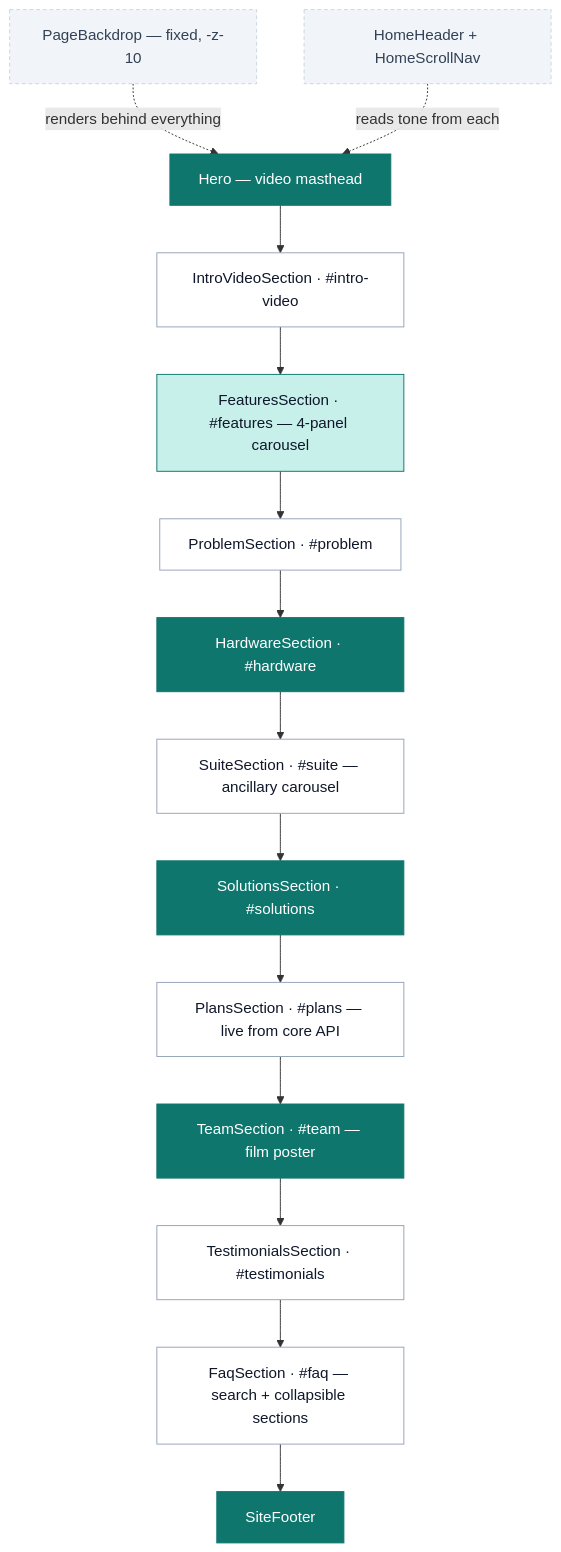
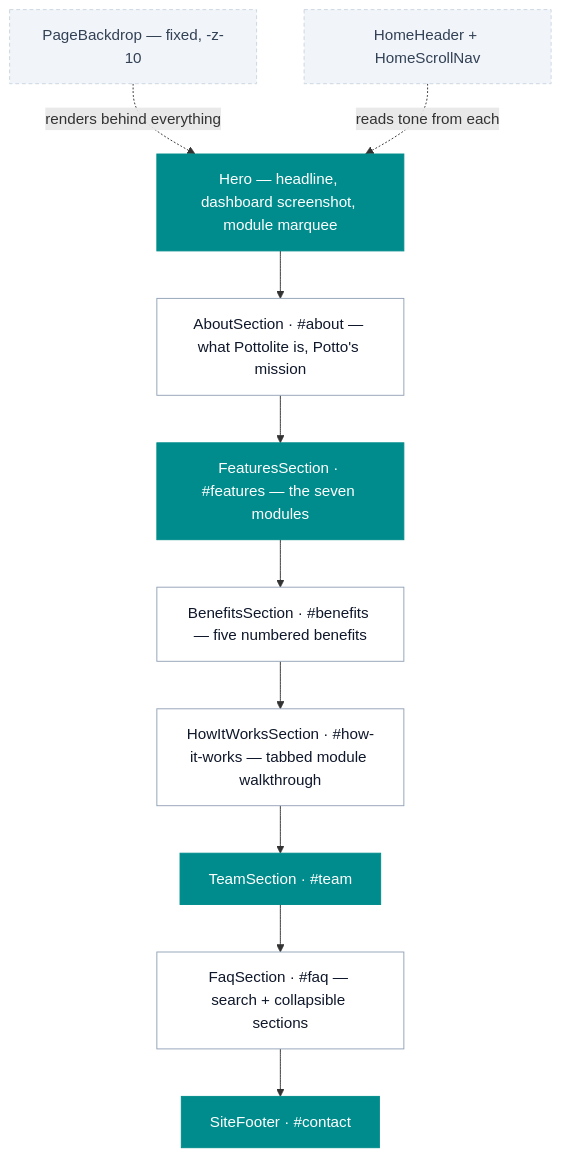
The first of 3 diagrams in README.md (odomaurice/pottolite), drawn with Mermaid before and after one commit. The commit also changed other lines of this file and 68 other files, not shown here.

````diff
--- a/README.md
+++ b/README.md
@@ -65,27 +68,22 @@
 ```mermaid
 flowchart TB
     BD["PageBackdrop — fixed, -z-10"]:::util
     HD["HomeHeader + HomeScrollNav"]:::util
 
-    H["Hero — video masthead"]:::dark
-    IV["IntroVideoSection · #intro-video"]:::light
-    F["FeaturesSection · #features — 4-panel carousel"]:::both
-    P["ProblemSection · #problem"]:::light
-    HW["HardwareSection · #hardware"]:::dark
-    SU["SuiteSection · #suite — ancillary carousel"]:::light
-    SO["SolutionsSection · #solutions"]:::dark
-    PL["PlansSection · #plans — live from core API"]:::light
-    TM["TeamSection · #team — film poster"]:::dark
-    T["TestimonialsSection · #testimonials"]:::light
+    H["Hero — headline, dashboard screenshot, module marquee"]:::dark
+    A["AboutSection · #about — what Pottolite is, Potto's mission"]:::light
+    F["FeaturesSection · #features — the seven modules"]:::dark
+    B["BenefitsSection · #benefits — five numbered benefits"]:::light
+    W["HowItWorksSection · #how-it-works — tabbed module walkthrough"]:::light
+    TM["TeamSection · #team"]:::dark
     FQ["FaqSection · #faq — search + collapsible sections"]:::light
-    FT["SiteFooter"]:::dark
+    FT["SiteFooter · #contact"]:::dark
 
     BD -.->|"renders behind everything"| H
     HD -.->|"reads tone from each"| H
-    H --> IV --> F --> P --> HW --> SU --> SO --> PL --> TM --> T --> FQ --> FT
+    H --> A --> F --> B --> W --> TM --> FQ --> FT
 
     classDef light fill:#ffffff,stroke:#94a3b8,color:#0f172a
-    classDef dark fill:#0f766e,stroke:#0f766e,color:#ffffff
-    classDef both fill:#c7f0ea,stroke:#0f766e,color:#0f172a
+    classDef dark fill:#008c8c,stroke:#008c8c,color:#ffffff
     classDef util fill:#f1f5f9,stroke:#cbd5e1,color:#334155,stroke-dasharray:4 3
 ```
````
